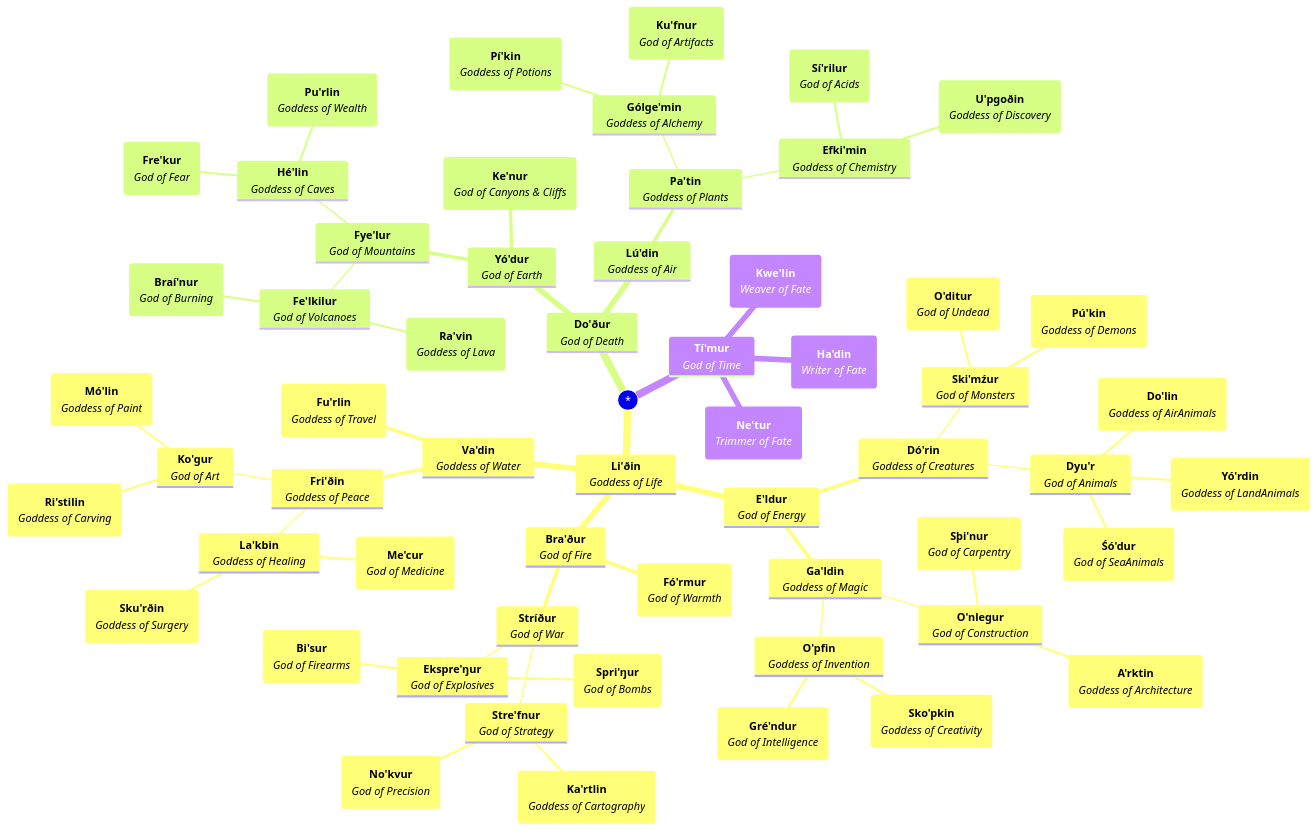
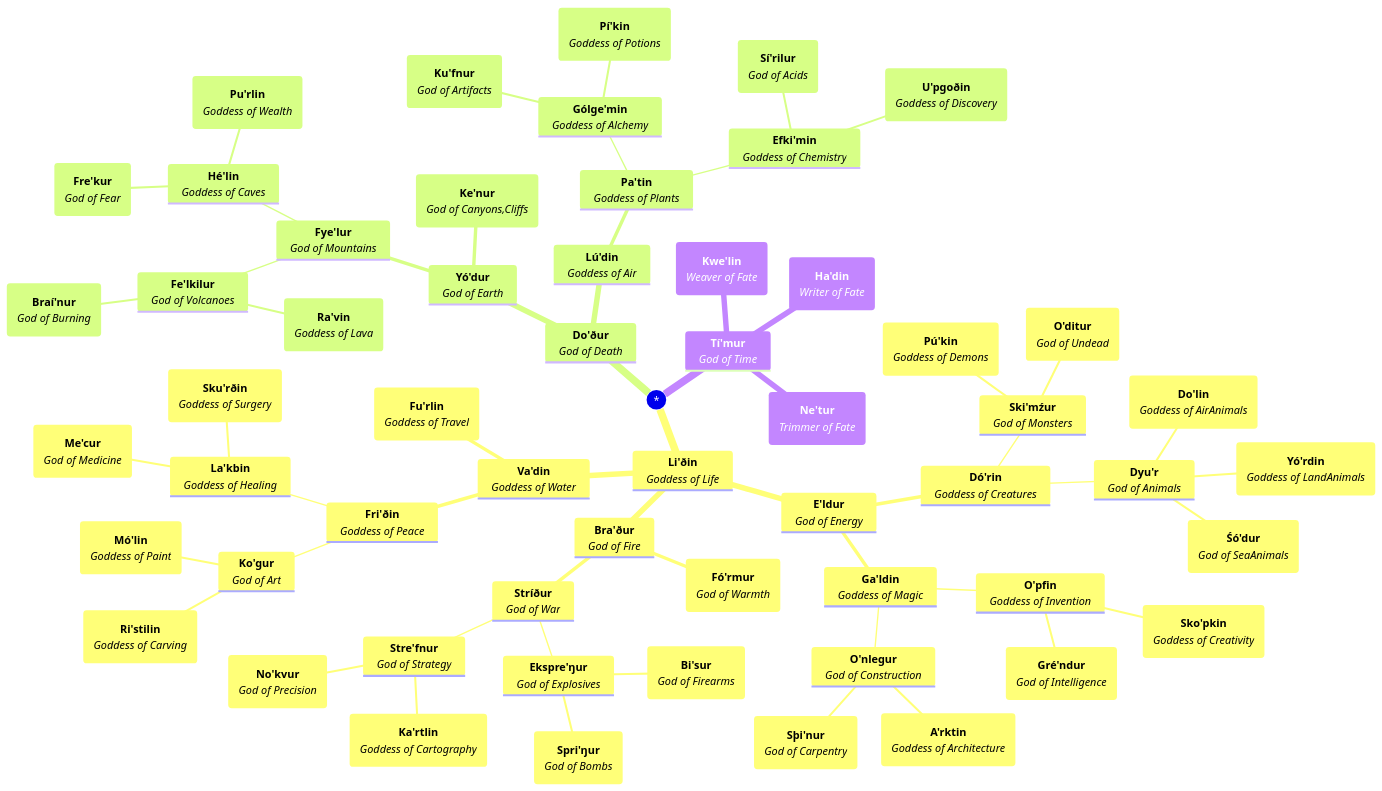
Before and after one commit to JactusTheCactus/conscript-font-gen: the fifth of 5 diagrams in mermaid.md, drawn with Mermaid. The commit also changed 2 other files, not shown here.

```diff
--- a/mermaid.md
+++ b/mermaid.md
@@ -65,61 +65,61 @@
 :::mermaid
 mindmap
 ((*))
 	**Li'ðin**<br>*Goddess of Life*
 		**E'ldur**<br>*God of Energy*
 			**Dó'rin**<br>*Goddess of Creatures*
 				**Ski'mźur**<br>*God of Monsters*
 					(**O'ditur**<br>*God of Undead*)
 					(**Pú'kin**<br>*Goddess of Demons*)
 				**Dyu'r**<br>*God of Animals*
 					(**Do'lin**<br>*Goddess of AirAnimals*)
 					(**Yó'rdin**<br>*Goddess of LandAnimals*)
 					(**Śó'dur**<br>*God of SeaAnimals*)
 			**Ga'ldin**<br>*Goddess of Magic*
 				**O'pfin**<br>*Goddess of Invention*
 					(**Gré'ndur**<br>*God of Intelligence*)
 					(**Sko'pkin**<br>*Goddess of Creativity*)
 				**O'nlegur**<br>*God of Construction*
 					(**Sþi'nur**<br>*God of Carpentry*)
 					(**A'rktin**<br>*Goddess of Architecture*)
 		**Bra'ður**<br>*God of Fire*
 			**Stríður**<br>*God of War*
 				**Ekspre'ŋur**<br>*God of Explosives*
 					(**Bi'sur**<br>*God of Firearms*)
 					(**Spri'ŋur**<br>*God of Bombs*)
 				**Stre'fnur**<br>*God of Strategy*
 					(**Ka'rtlin**<br>*Goddess of Cartography*)
 					(**No'kvur**<br>*God of Precision*)
 			(**Fó'rmur**<br>*God of Warmth*)
 		**Va'din**<br>*Goddess of Water*
 			**Fri'ðin**<br>*Goddess of Peace*
 				**La'kbin**<br>*Goddess of Healing*
 					(**Sku'rðin**<br>*Goddess of Surgery*)
 					(**Me'cur**<br>*God of Medicine*)
 				**Ko'gur**<br>*God of Art*
 					(**Ri'stilin**<br>*Goddess of Carving*)
 					(**Mó'lin**<br>*Goddess of Paint*)
 			(**Fu'rlin**<br>*Goddess of Travel*)
 	**Do'ður**<br>*God of Death*
 		**Yó'dur**<br>*God of Earth*
 			**Fye'lur**<br>*God of Mountains*
 				**Fe'lkilur**<br>*God of Volcanoes*
 					(**Ra'vin**<br>*Goddess of Lava*)
 					(**Braí'nur**<br>*God of Burning*)
 				**Hé'lin**<br>*Goddess of Caves*
 					(**Fre'kur**<br>*God of Fear*)
 					(**Pu'rlin**<br>*Goddess of Wealth*)
-			(**Ke'nur**<br>*God of Canyons #38; Cliffs*)
+			(**Ke'nur**<br>*God of Canyons,Cliffs*)
 		**Lú'din**<br>*Goddess of Air*
 			**Pa'tin**<br>*Goddess of Plants*
 				**Gólge'min**<br>*Goddess of Alchemy*
 					(**Ku'fnur**<br>*God of Artifacts*)
 					(**Pí'kin**<br>*Goddess of Potions*)
 				**Efki'min**<br>*Goddess of Chemistry*
 					(**Sí'rilur**<br>*God of Acids*)
 					(**U'pgoðin**<br>*Goddess of Discovery*)
 	**Tí'mur**<br>*God of Time*
 		(**Kwe'lin**<br>*Weaver of Fate*)
 		(**Ha'din**<br>*Writer of Fate*)
 		(**Ne'tur**<br>*Trimmer of Fate*)
 :::
```
